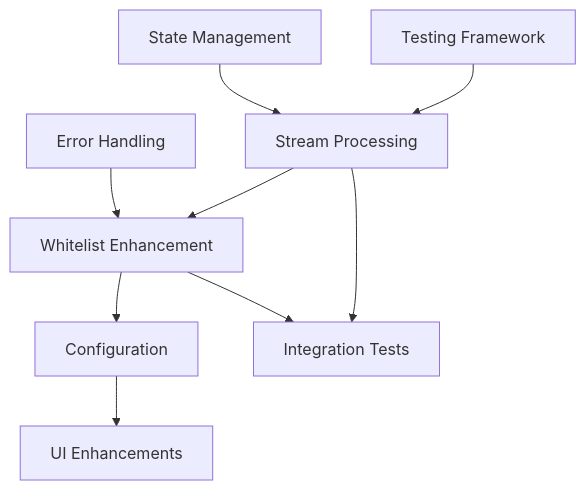
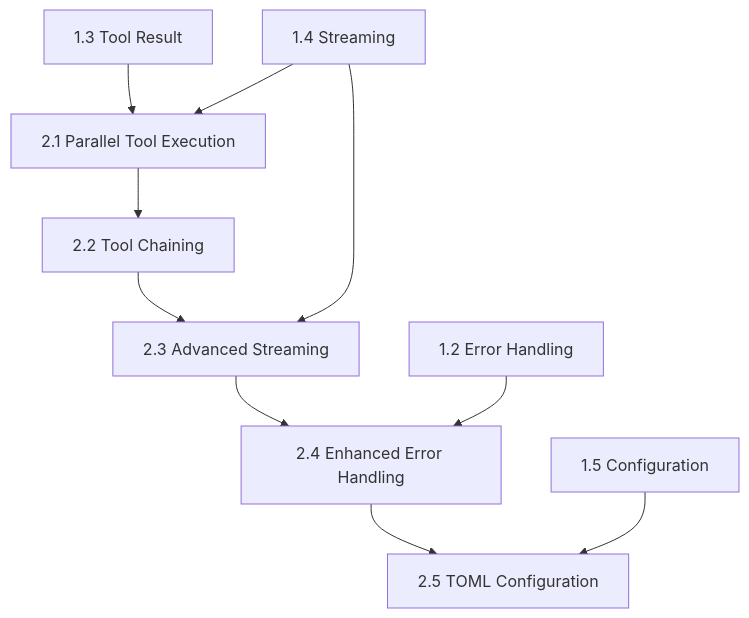
One commit to RolandLittlehales/rustic-agent changed the second of 4 diagrams in docs/implementation-sequencing.md. Above: the diagram before and after it, drawn with Mermaid. The commit also changed other lines of this file, not shown here.

````diff
--- a/docs/implementation-sequencing.md
+++ b/docs/implementation-sequencing.md
@@ -31,11 +40,12 @@
 ```mermaid
 graph TD
-    1.5[Testing Framework] --> 2.1[Stream Processing]
-    1.3[State Management] --> 2.1
-    2.1 --> 2.2[Whitelist Enhancement]
-    1.4[Error Handling] --> 2.2
-    2.2 --> 2.3[Configuration]
-    2.3 --> 2.4[UI Enhancements]
-    2.1 --> 2.5[Integration Tests]
-    2.2 --> 2.5
+    1.3[1.3 Tool Result] --> 2.1[2.1 Parallel Tool Execution]
+    1.4[1.4 Streaming] --> 2.1
+    2.1 --> 2.2[2.2 Tool Chaining]
+    1.4 --> 2.3[2.3 Advanced Streaming]
+    2.2 --> 2.3
+    1.2[1.2 Error Handling] --> 2.4[2.4 Enhanced Error Handling]
+    2.3 --> 2.4
+    1.5[1.5 Configuration] --> 2.5[2.5 TOML Configuration]
+    2.4 --> 2.5
 ```
````
